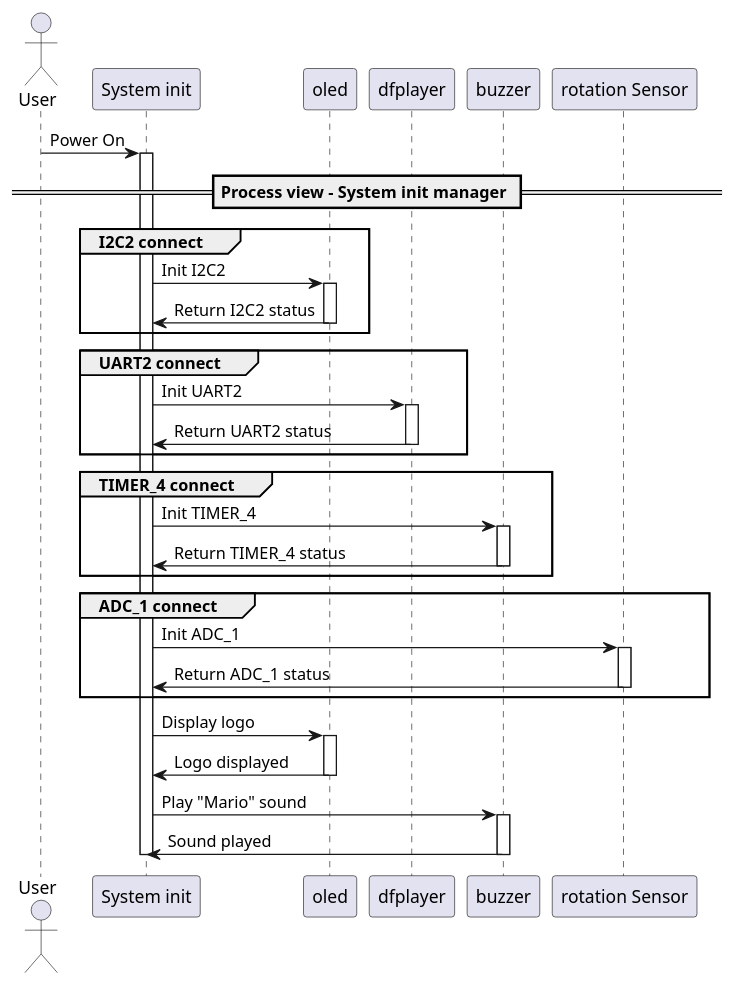
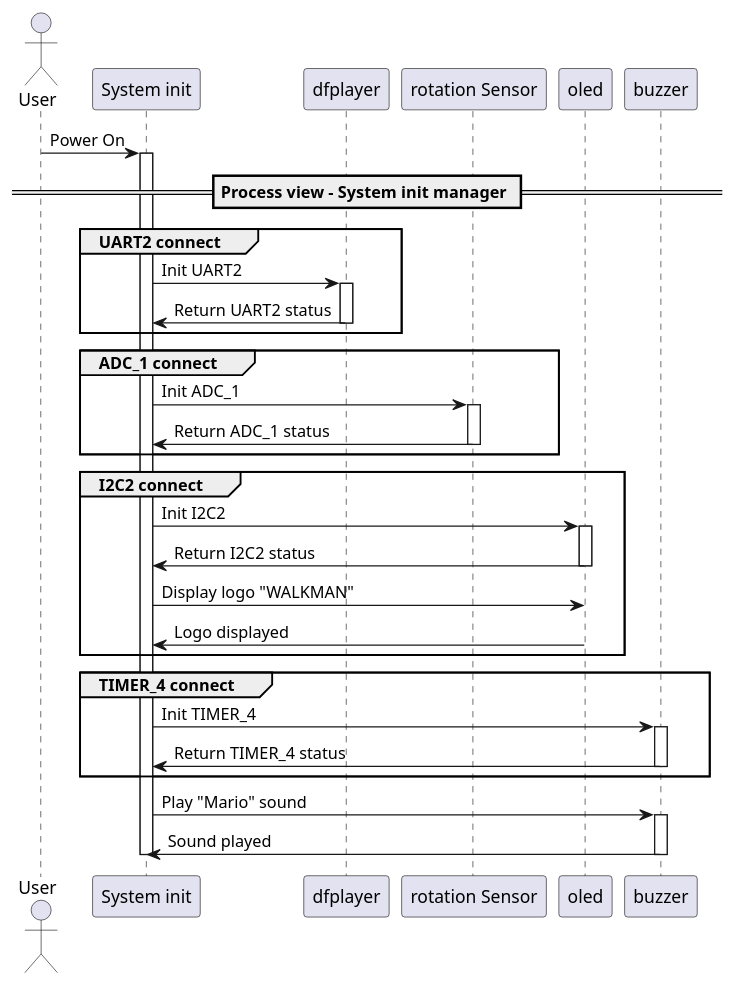
One commit to toannguyentien-itr-intern/MP3_Player changed the diagram in Documents/Seqence_diagram/Initialzation.wsd. Above: the diagram before and after it, drawn with PlantUML.

Commit message:
Update: Optimize the group I2C2  connect

```diff
--- a/Documents/Seqence_diagram/Initialzation.wsd
+++ b/Documents/Seqence_diagram/Initialzation.wsd
@@ -1,54 +1,56 @@
 @startuml Initialization
 
 actor User
 participant "System init"   as    MainSystem
+participant DFPlayer        as    "dfplayer"
+participant RotationSensor  as    "rotation Sensor" 
 participant OLED            as    "oled"
-participant DFPlayer        as    "dfplayer"
 participant Buzzer          as    "buzzer"
-participant RotationSensor  as    "rotation Sensor" 
+
 
 User -> MainSystem: Power On
 activate MainSystem
 
 == Process view - System init manager ==
 
-group I2C2 connect
-MainSystem -> OLED: Init I2C2 
-activate OLED
-OLED -> MainSystem: Return I2C2 status
-deactivate OLED
-end
 
 group UART2 connect
 MainSystem -> DFPlayer: Init UART2
 activate DFPlayer
 DFPlayer -> MainSystem: Return UART2 status
 deactivate DFPlayer
-end
-
-group TIMER_4 connect
-MainSystem -> Buzzer: Init TIMER_4
-activate Buzzer
-Buzzer -> MainSystem: Return TIMER_4 status
-deactivate Buzzer
 end
 
 group ADC_1 connect
 MainSystem -> RotationSensor: Init ADC_1
 activate RotationSensor
 RotationSensor -> MainSystem: Return ADC_1 status
 deactivate RotationSensor
 end
 
-MainSystem -> OLED: Display logo
+group I2C2 connect
+MainSystem -> OLED: Init I2C2 
 activate OLED
+OLED -> MainSystem: Return I2C2 status
+deactivate OLED
+MainSystem -> OLED: Display logo "WALKMAN"
 OLED -> MainSystem: Logo displayed
-deactivate OLED
+end
+
+
+
+
+group TIMER_4 connect
+MainSystem -> Buzzer: Init TIMER_4
+activate Buzzer
+Buzzer -> MainSystem: Return TIMER_4 status
+deactivate Buzzer
+end
 
 MainSystem -> Buzzer: Play "Mario" sound
 activate Buzzer
 Buzzer -> MainSystem: Sound played
 deactivate Buzzer
 
 deactivate MainSystem
 @enduml
```
